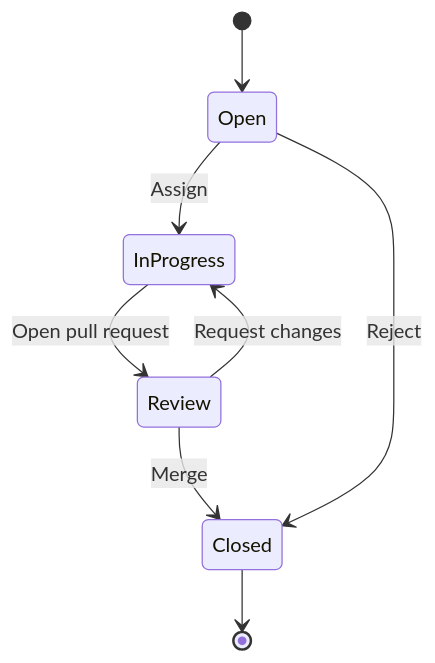
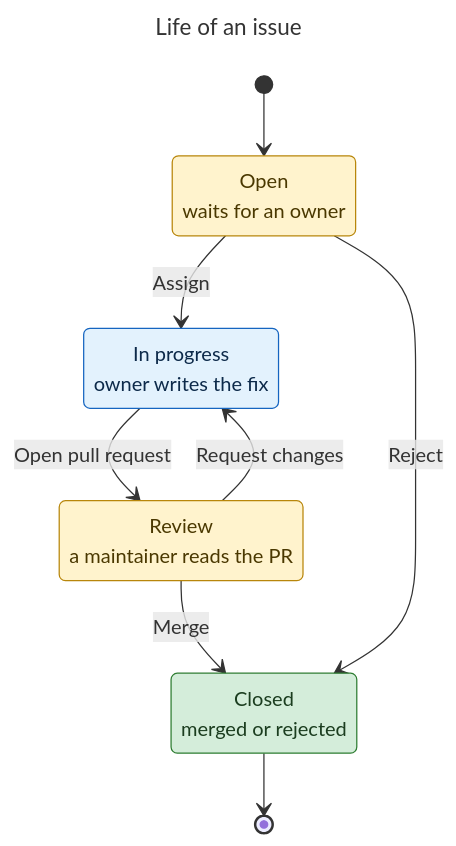
The second of 6 diagrams in skills/diagram-explainer/references/diagram-types.md (norton77930/understanding-ai-outputs), drawn with Mermaid before and after one commit. The commit also changed other lines of this file and 7 other files, not shown here.

First line of the commit message:
feat(diagram-explainer): size to topic, two-line labels, title, colors with legend, LR for pipelines (#46)

````diff
--- a/skills/diagram-explainer/references/diagram-types.md
+++ b/skills/diagram-explainer/references/diagram-types.md
@@ -38,10 +60,23 @@
 ```mermaid
+---
+title: Life of an issue
+---
 stateDiagram-v2
+    state "Open<br>waits for an owner" as Open
+    state "In progress<br>owner writes the fix" as InProgress
+    state "Review<br>a maintainer reads the PR" as Review
+    state "Closed<br>merged or rejected" as Closed
     [*] --> Open
     Open --> InProgress : Assign
     InProgress --> Review : Open pull request
     Review --> InProgress : Request changes
     Review --> Closed : Merge
     Open --> Closed : Reject
     Closed --> [*]
+    classDef wait fill:#fff3cd,stroke:#b8860b,color:#4a3800
+    classDef work fill:#e3f2fd,stroke:#1565c0,color:#0d2a4a
+    classDef done fill:#d4edda,stroke:#2e7d32,color:#1b3d1f
+    class Open,Review wait
+    class InProgress work
+    class Closed done
 ```
````
